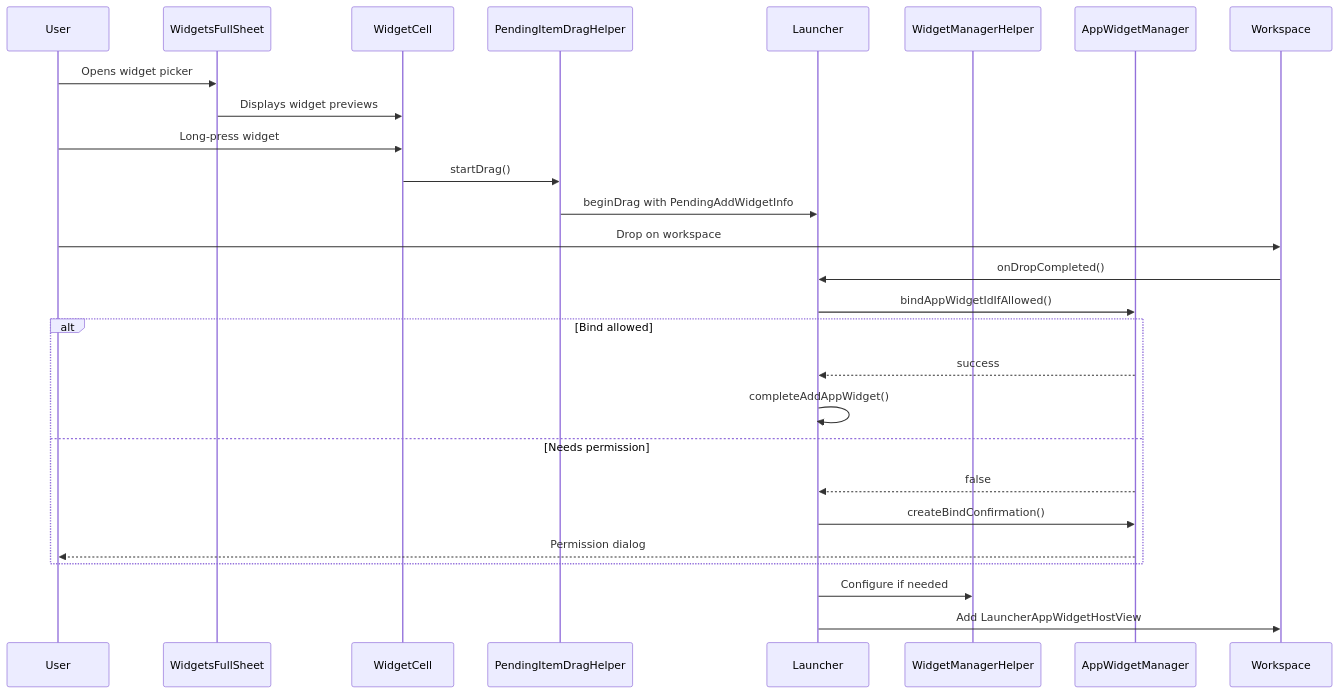
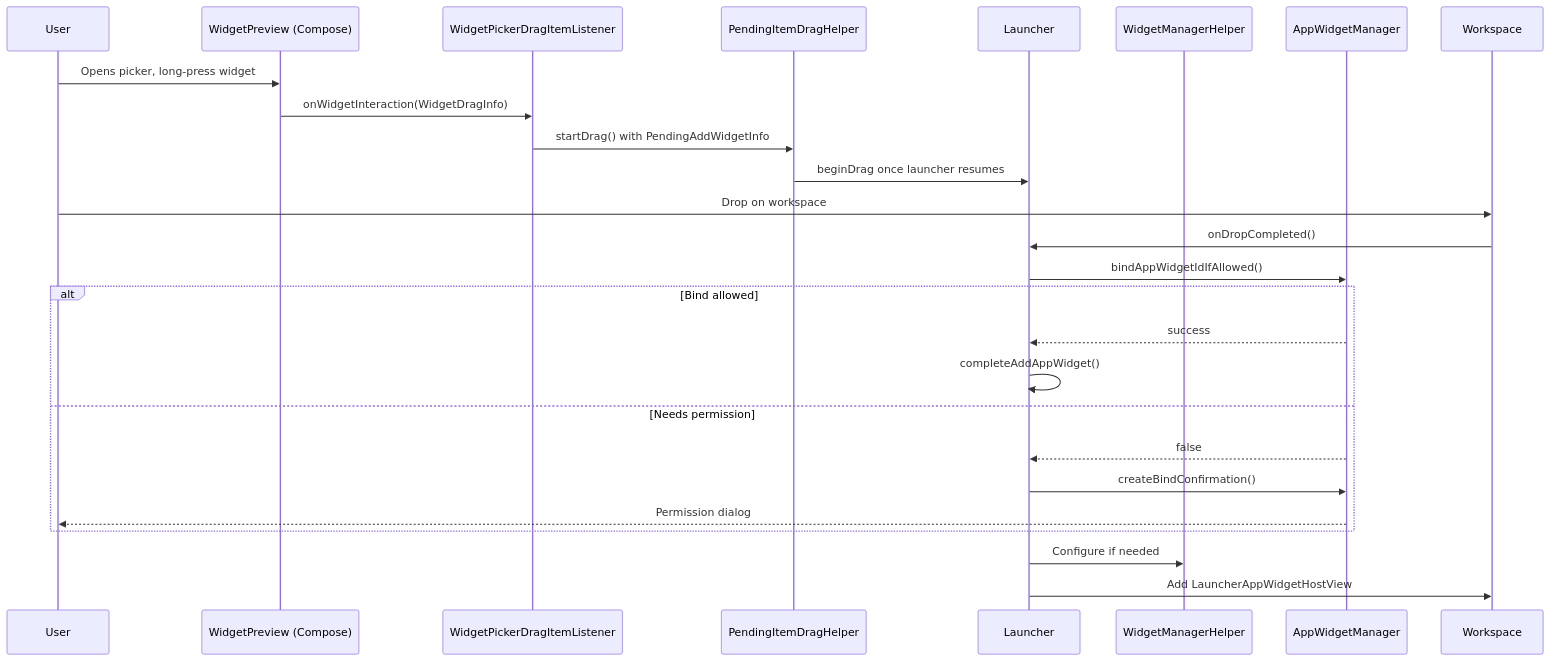
One commit to aospbooks/aosp-internal-book changed the eighth of 19 diagrams in agents/claude/skills/aosp-system-apps/49-launcher3.md. Above: the diagram before and after it, drawn with Mermaid. The commit also changed other lines of this file and 137 other files, not shown here.

````diff
--- a/agents/claude/skills/aosp-system-apps/49-launcher3.md
+++ b/agents/claude/skills/aosp-system-apps/49-launcher3.md
@@ -784,30 +808,29 @@
 ```mermaid
 sequenceDiagram
     participant User
-    participant WFS as WidgetsFullSheet
-    participant WC as WidgetCell
+    participant WP as WidgetPreview (Compose)
+    participant DIL as WidgetPickerDragItemListener
     participant PDH as PendingItemDragHelper
     participant L as Launcher
     participant WMH as WidgetManagerHelper
     participant AWM as AppWidgetManager
     participant WS as Workspace
 
-    User->>WFS: Opens widget picker
-    WFS->>WC: Displays widget previews
-    User->>WC: Long-press widget
-    WC->>PDH: startDrag()
-    PDH->>L: beginDrag with PendingAddWidgetInfo
+    User->>WP: Opens picker, long-press widget
+    WP->>DIL: onWidgetInteraction(WidgetDragInfo)
+    DIL->>PDH: startDrag() with PendingAddWidgetInfo
+    PDH->>L: beginDrag once launcher resumes
     User->>WS: Drop on workspace
     WS->>L: onDropCompleted()
     L->>AWM: bindAppWidgetIdIfAllowed()
     alt Bind allowed
         AWM-->>L: success
         L->>L: completeAddAppWidget()
     else Needs permission
         AWM-->>L: false
         L->>AWM: createBindConfirmation()
         AWM-->>User: Permission dialog
     end
     L->>WMH: Configure if needed
     L->>WS: Add LauncherAppWidgetHostView
 ```
````
